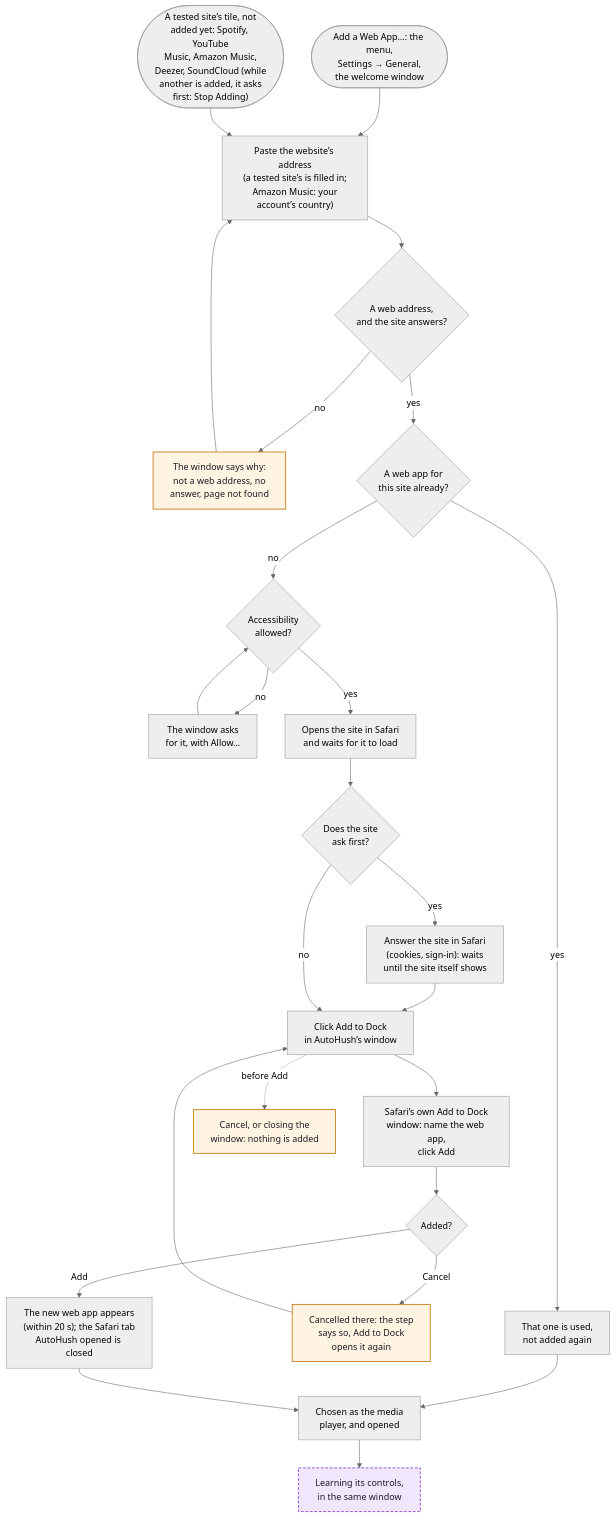
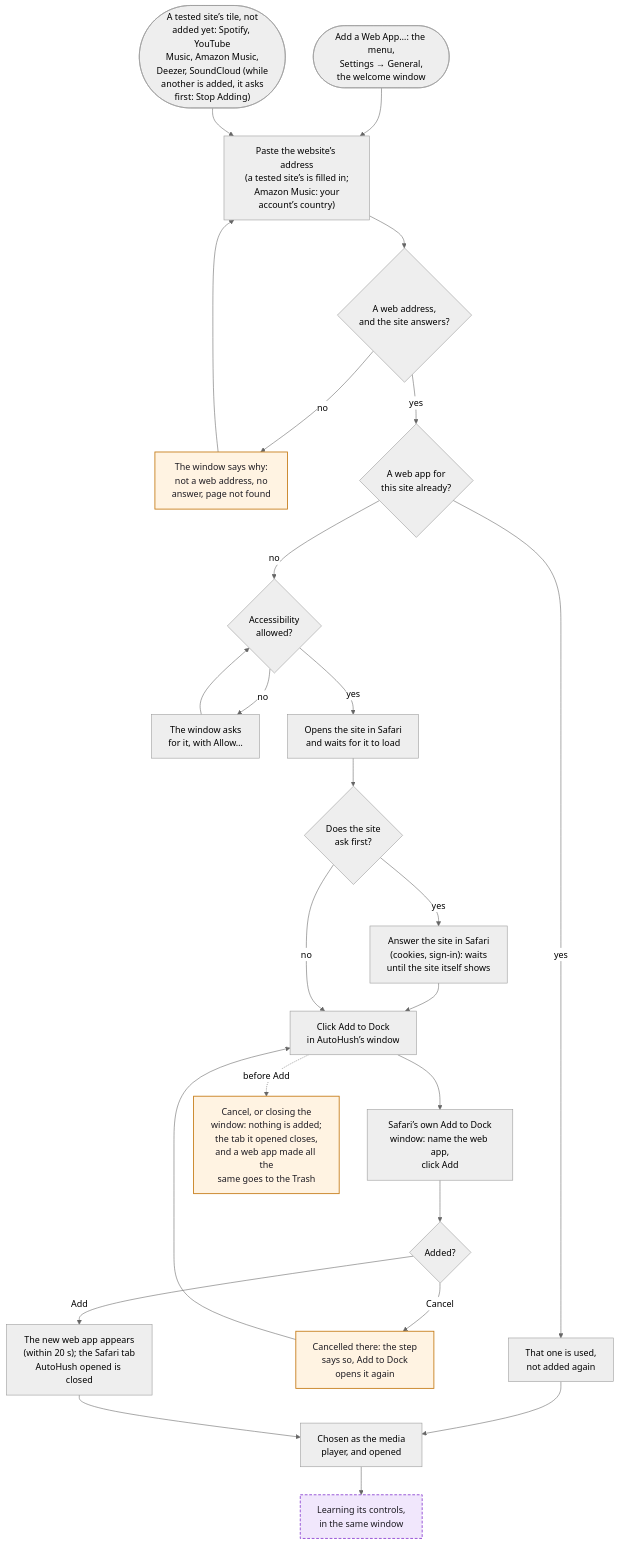
The seventh of 14 diagrams in WORKFLOWS.md (hfustercabre/AutoHush), drawn with Mermaid (neutral theme) before and after one commit. The commit also changed other lines of this file and 12 other files, not shown here.

````diff
--- a/WORKFLOWS.md
+++ b/WORKFLOWS.md
@@ -339,44 +339,44 @@
 ```mermaid
 flowchart TD
   ST(["Add a Web App…: the menu,<br/>Settings → General,<br/>the welcome window"])
   SUG(["A tested site’s tile, not<br/>added yet: Spotify, YouTube<br/>Music, Amazon Music,<br/>Deezer, SoundCloud (while<br/>another is added, it asks<br/>first: Stop Adding)"])
   ADDR["Paste the website’s address<br/>(a tested site’s is filled in;<br/>Amazon Music: your<br/>account’s country)"]
   CHK{"A web address,<br/>and the site answers?"}
   ERR["The window says why:<br/>not a web address, no<br/>answer, page not found"]
   DUP{"A web app for<br/>this site already?"}
   USE["That one is used,<br/>not added again"]
   ACC{"Accessibility<br/>allowed?"}
   ACCN["The window asks<br/>for it, with Allow…"]
   OPEN["Opens the site in Safari<br/>and waits for it to load"]
   ASKS{"Does the site<br/>ask first?"}
   ANS["Answer the site in Safari<br/>(cookies, sign-in): waits<br/>until the site itself shows"]
   BTN["Click Add to Dock<br/>in AutoHush’s window"]
   DLG["Safari’s own Add to Dock<br/>window: name the web app,<br/>click Add"]
   OUT{"Added?"}
   AGAIN["Cancelled there: the step<br/>says so, Add to Dock<br/>opens it again"]
   MADE["The new web app appears<br/>(within 20 s); the Safari tab<br/>AutoHush opened is closed"]
   CHO["Chosen as the media<br/>player, and opened"]
   LRN["Learning its controls,<br/>in the same window"]
-  STOP["Cancel, or closing the<br/>window: nothing is added"]
+  STOP["Cancel, or closing the<br/>window: nothing is added;<br/>the tab it opened closes,<br/>and a web app made all the<br/>same goes to the Trash"]
 
   ST --> ADDR
   SUG --> ADDR
   ADDR --> CHK
   CHK -->|"no"| ERR --> ADDR
   CHK -->|"yes"| DUP
   DUP -->|"yes"| USE --> CHO
   DUP -->|"no"| ACC
   ACC -->|"no"| ACCN --> ACC
   ACC -->|"yes"| OPEN --> ASKS
   ASKS -->|"yes"| ANS --> BTN
   ASKS -->|"no"| BTN
   BTN --> DLG --> OUT
   OUT -->|"Cancel"| AGAIN --> BTN
   OUT -->|"Add"| MADE --> CHO --> LRN
   BTN -.->|"before Add"| STOP
 
   class LRN ref
   class ERR,AGAIN,STOP warn
   classDef ref fill:#f1e7fc,stroke:#8a3fd1,stroke-width:1.5px,stroke-dasharray: 5 3,color:#1d1b22
   classDef warn fill:#fff3e2,stroke:#c47812,stroke-width:1.5px,color:#1d1b22
 ```
````
